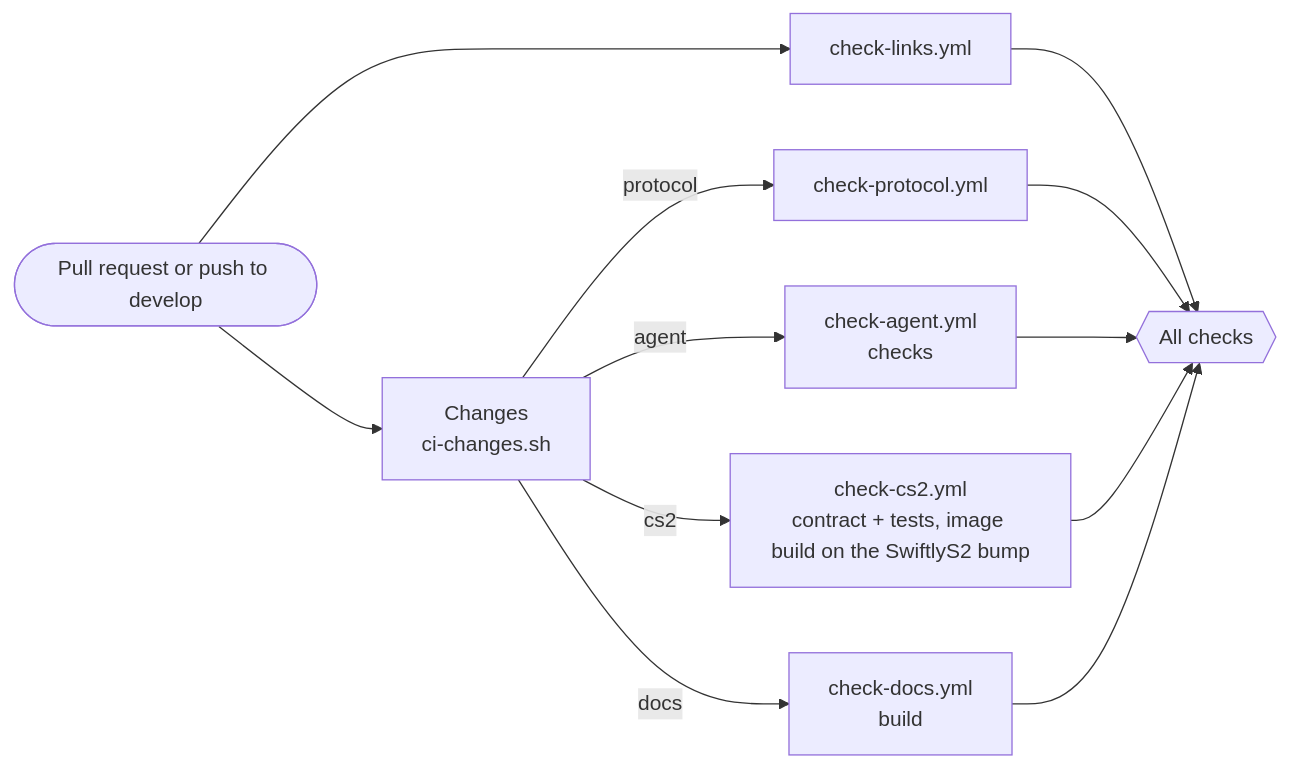
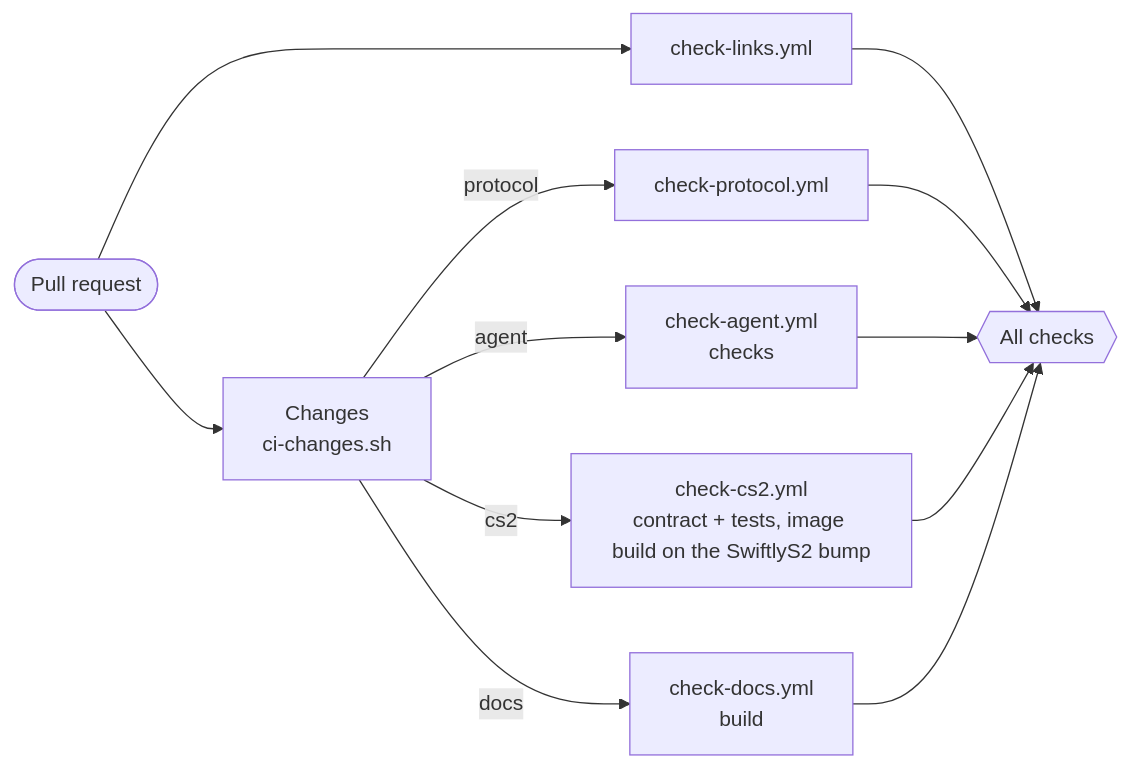
The first of 5 diagrams in .github/workflows/README.md (ankorcs/ankor), drawn with Mermaid before and after one commit. The commit also changed other lines of this file and 37 other files, not shown here.

Commit message:
(test) The setup script reads the images back out of the agent.yml that renderAgentYml writes (docs) Major rewrite for readability (fix): Don't run tests in push to develop (fix): Remove jsdoc copies into rust agent; less churn/machinery (chore): adr stuff

````diff
--- a/.github/workflows/README.md
+++ b/.github/workflows/README.md
@@ -33,14 +32,14 @@
 ```mermaid
 flowchart LR
-  pr([Pull request or push to develop]) --> changes[Changes<br/>ci-changes.sh]
+  pr([Pull request]) --> changes[Changes<br/>ci-changes.sh]
   pr --> links[check-links.yml]
   changes -- protocol --> protocol[check-protocol.yml]
   changes -- agent --> agent["check-agent.yml<br/>checks"]
   changes -- cs2 --> cs2["check-cs2.yml<br/>contract + tests, image build on the SwiftlyS2 bump"]
   changes -- docs --> docs["check-docs.yml<br/>build"]
   links --> all{{All checks}}
   protocol --> all
   agent --> all
   cs2 --> all
   docs --> all
 ```
````
